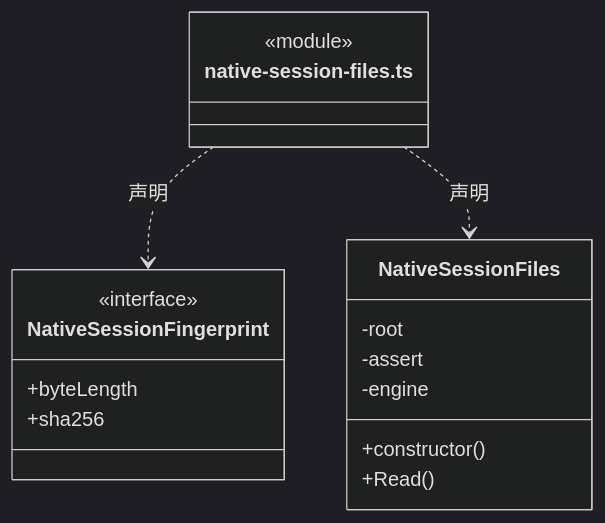
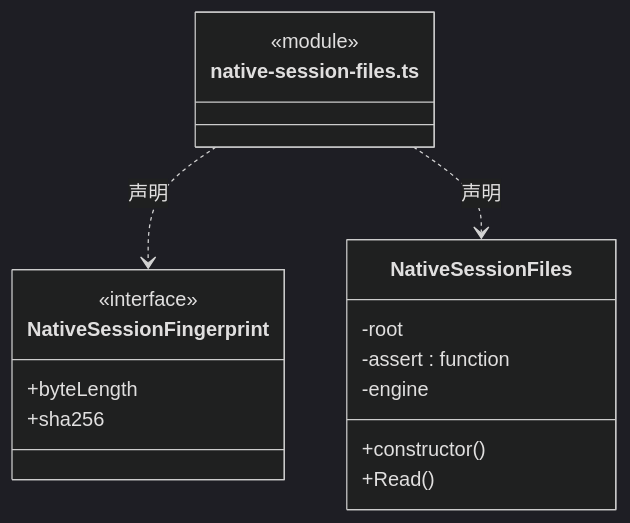
The first of 2 diagrams in src/logic/execution/platform/ARCHITECTURE.md (nan023062/cbim), drawn with Mermaid (dark theme) before and after one commit. The commit also changed other lines of this file and 137 other files, not shown here.

Commit message:
fix: align architecture generator with documentation standards

````diff
--- a/src/logic/execution/platform/ARCHITECTURE.md
+++ b/src/logic/execution/platform/ARCHITECTURE.md
@@ -168,20 +170,20 @@
 ```mermaid
 classDiagram
 class N_src_logic_execution_platform_native_session_files_ts["native-session-files.ts"] {
   <<module>>
 }
 class N_src_logic_execution_platform_native_session_files_ts_NativeSessionFingerprint["NativeSessionFingerprint"] {
   <<interface>>
   +byteLength
   +sha256
 }
 N_src_logic_execution_platform_native_session_files_ts ..> N_src_logic_execution_platform_native_session_files_ts_NativeSessionFingerprint : 声明
 class N_src_logic_execution_platform_native_session_files_ts_NativeSessionFiles["NativeSessionFiles"] {
   +constructor()
   +Read()
   -root
-  -assert
+  -assert : function
   -engine
 }
 N_src_logic_execution_platform_native_session_files_ts ..> N_src_logic_execution_platform_native_session_files_ts_NativeSessionFiles : 声明
 ```
````
